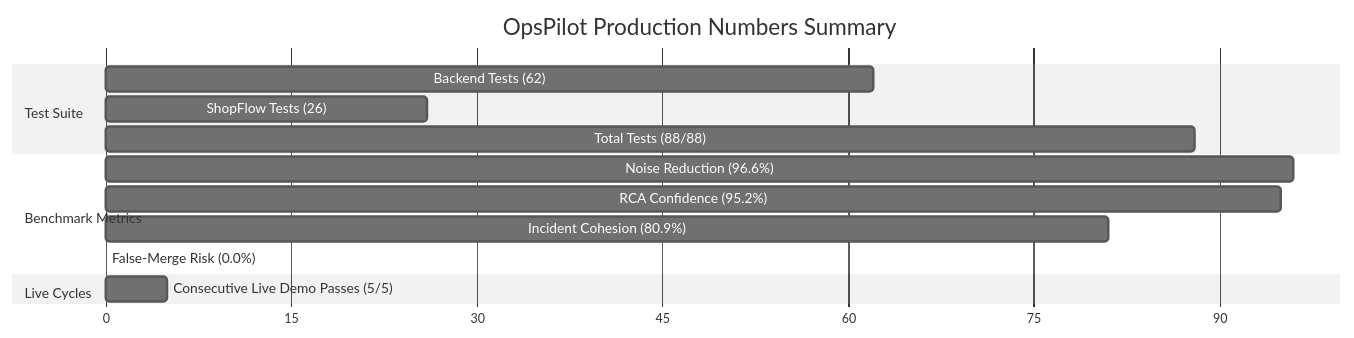
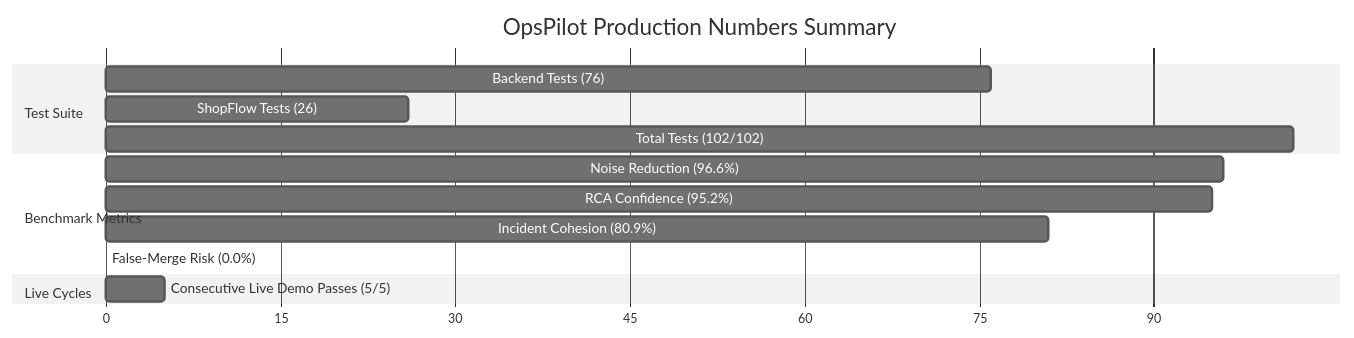
Before and after one commit to itsmageshwaran/OPSPILOT: diagram 17 of 18 in IEEE_GENESIS_2026_ROUND2_TECHNICAL_DOCUMENTATION.md, drawn with Mermaid (neutral theme). The commit also changed other lines of this file and 14 other files, not shown here.

````diff
--- a/IEEE_GENESIS_2026_ROUND2_TECHNICAL_DOCUMENTATION.md
+++ b/IEEE_GENESIS_2026_ROUND2_TECHNICAL_DOCUMENTATION.md
@@ -977,17 +1043,17 @@
 ```mermaid
 gantt
     title OpsPilot Production Numbers Summary
     dateFormat X
     axisFormat %s
     section Test Suite
-    Backend Tests (62) : 0, 62
+    Backend Tests (76) : 0, 76
     ShopFlow Tests (26) : 0, 26
-    Total Tests (88/88) : 0, 88
+    Total Tests (102/102) : 0, 102
     section Benchmark Metrics
     Noise Reduction (96.6%) : 0, 96
     RCA Confidence (95.2%) : 0, 95
     Incident Cohesion (80.9%) : 0, 81
     False-Merge Risk (0.0%) : 0, 0
     section Live Cycles
     Consecutive Live Demo Passes (5/5) : 0, 5
 ```
````
